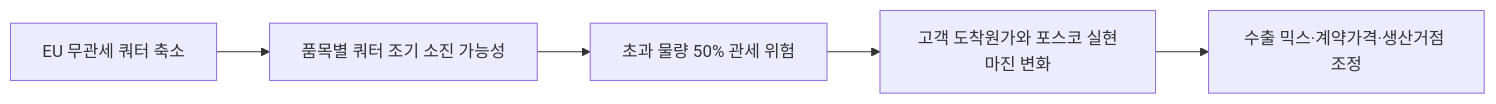
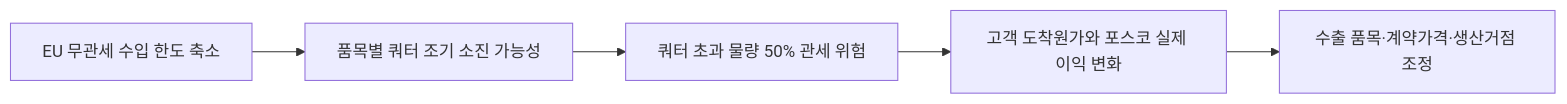
The diagram in market-sensing-wiki/signals/SIG-5C3D01947FFB.md (arik1988/posco-market-sensing-wiki), drawn with Mermaid before and after one commit. The commit also changed other lines of this file and 143 other files, not shown here.

````diff
--- a/market-sensing-wiki/signals/SIG-5C3D01947FFB.md
+++ b/market-sensing-wiki/signals/SIG-5C3D01947FFB.md
@@ -33,7 +45,7 @@
 ```mermaid
 flowchart LR
-    A[EU 무관세 쿼터 축소] --> B[품목별 쿼터 조기 소진 가능성]
-    B --> C[초과 물량 50% 관세 위험]
-    C --> D[고객 도착원가와 포스코 실현마진 변화]
-    D --> E[수출 믹스·계약가격·생산거점 조정]
+    A[EU 무관세 수입 한도 축소] --> B[품목별 쿼터 조기 소진 가능성]
+    B --> C[쿼터 초과 물량 50% 관세 위험]
+    C --> D[고객 도착원가와 포스코 실제 이익 변화]
+    D --> E[수출 품목·계약가격·생산거점 조정]
 ```
````
